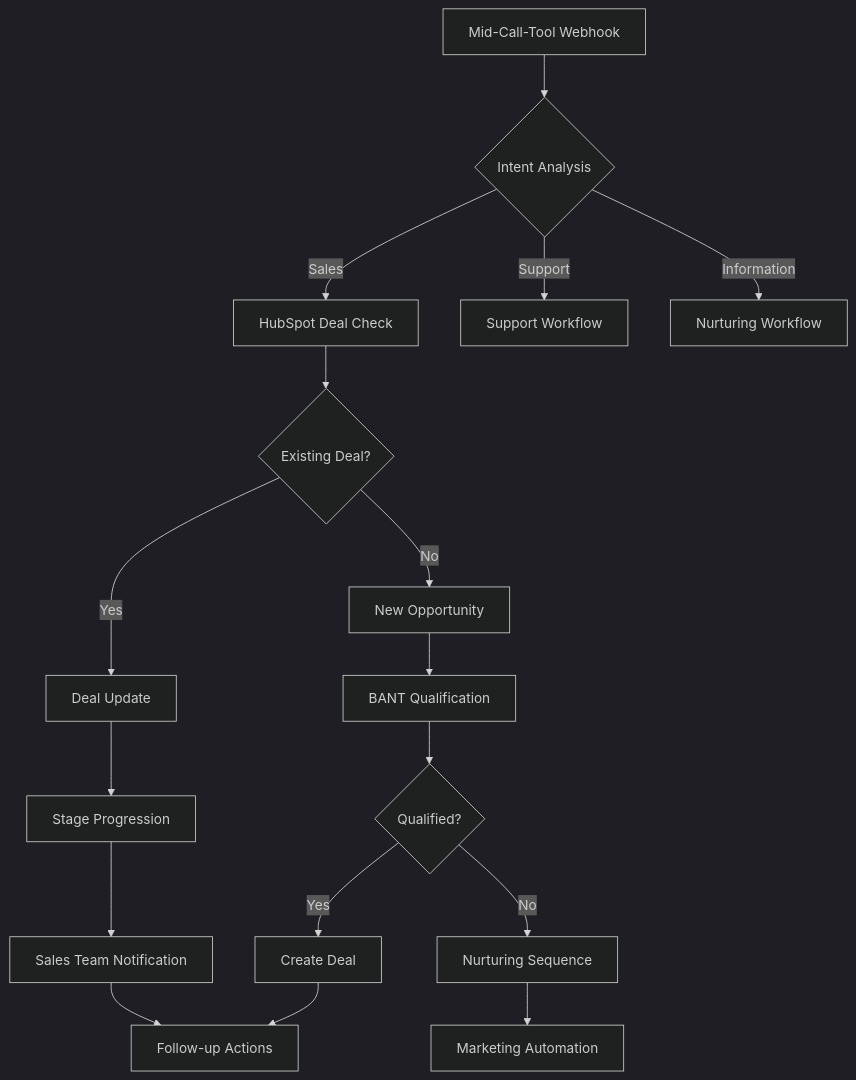
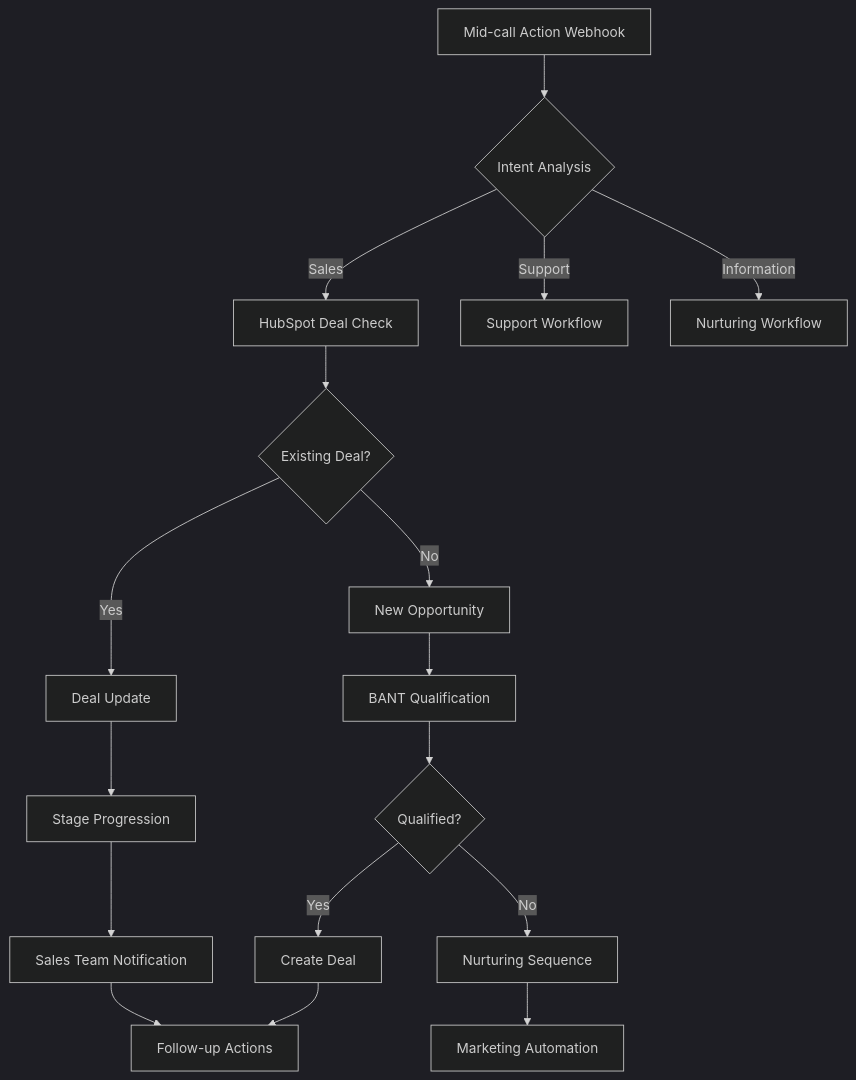
The second of 2 diagrams in automation-platform/mid-call-tools/integration-templates/webhook-automation.mdx (bekgroup/Famulor-docs-de), drawn with Mermaid (dark theme) before and after one commit. The commit also changed other lines of this file and 42 other files, not shown here.

Commit message:
mid call actions

````diff
--- a/automation-platform/mid-call-tools/integration-templates/webhook-automation.mdx
+++ b/automation-platform/mid-call-tools/integration-templates/webhook-automation.mdx
@@ -283,24 +283,24 @@
 ```mermaid
 flowchart TD
-    A[Mid-Call-Tool Webhook] --> B{Intent Analysis}
+    A[Mid-call Action Webhook] --> B{Intent Analysis}
     B -->|Sales| C[HubSpot Deal Check]
     B -->|Support| D[Support Workflow]
     B -->|Information| E[Nurturing Workflow]
     
     C --> F{Existing Deal?}
     F -->|Yes| G[Deal Update]
     F -->|No| H[New Opportunity]
     
     G --> I[Stage Progression]
     H --> J[BANT Qualification]
     
     I --> K[Sales Team Notification]
     J --> L{Qualified?}
     
     L -->|Yes| M[Create Deal]
     L -->|No| N[Nurturing Sequence]
     
     K --> O[Follow-up Actions]
     M --> O
     N --> P[Marketing Automation]
 ```
````
